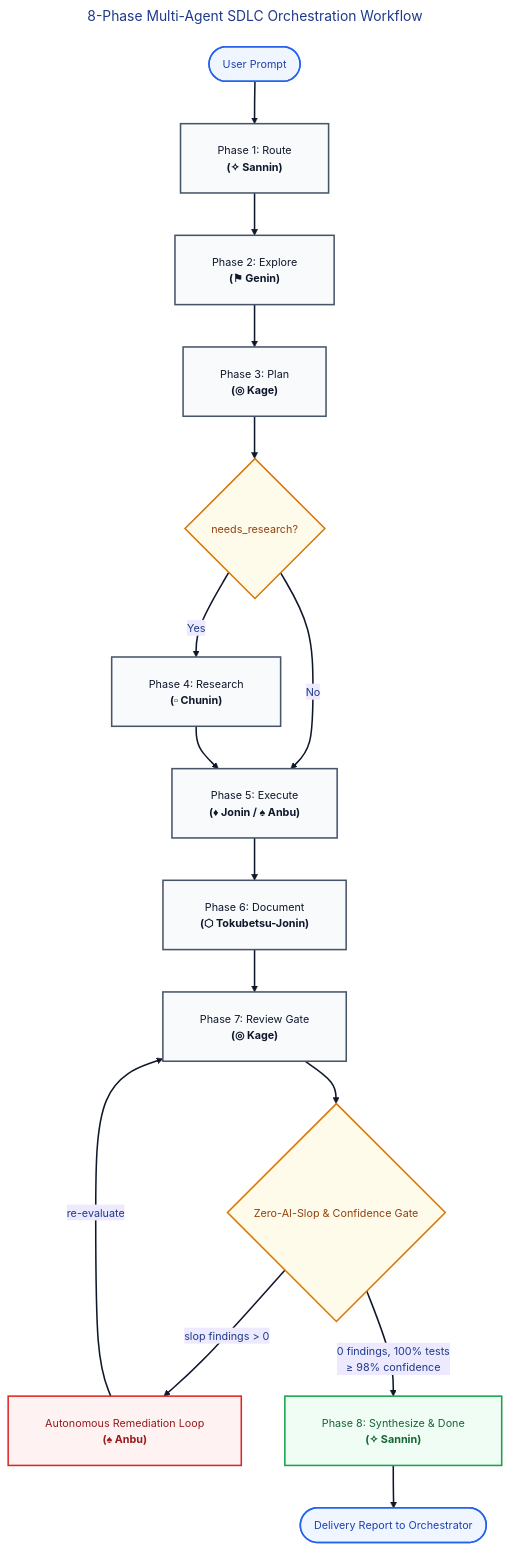
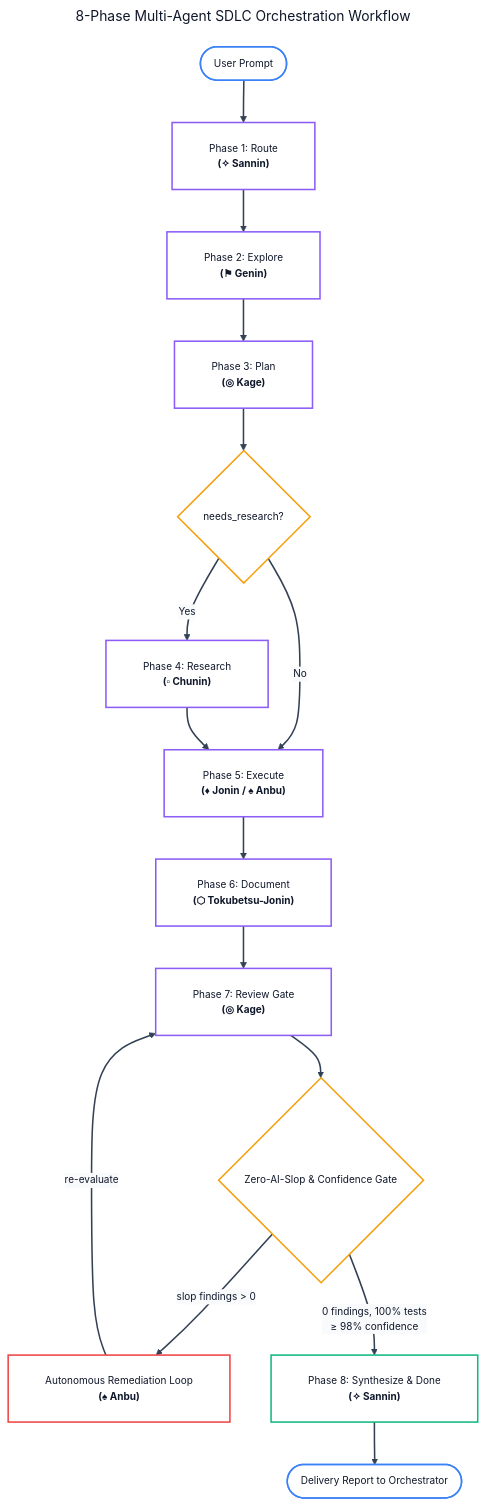
The second of 2 diagrams in docs/ARCHITECTURE.md (andycungkrinx91/konoha), drawn with Mermaid before and after one commit. The commit also changed other lines of this file and 107 other files, not shown here.

````diff
--- a/docs/ARCHITECTURE.md
+++ b/docs/ARCHITECTURE.md
@@ -290,63 +306,64 @@
 ```mermaid
 ---
 title: 8-Phase Multi-Agent SDLC Orchestration Workflow
 config:
   theme: base
   themeVariables:
+    darkMode: false
     background: '#ffffff'
     mainBkg: '#ffffff'
-    primaryColor: '#dbeafe'
-    primaryTextColor: '#1e3a8a'
-    primaryBorderColor: '#2563eb'
-    lineColor: '#0f172a'
-    arrowheadColor: '#0f172a'
-    secondaryColor: '#ede9fe'
-    tertiaryColor: '#d1fae5'
-    fontFamily: 'Inter, system-ui, sans-serif'
-    fontSize: '14px'
+    primaryColor: '#ffffff'
+    primaryTextColor: '#0f172a'
+    primaryBorderColor: '#8b5cf6'
+    lineColor: '#334155'
+    arrowheadColor: '#334155'
+    secondaryColor: '#f8fafc'
+    tertiaryColor: '#ffffff'
+    fontFamily: 'Inter, system-ui, -apple-system, sans-serif'
+    fontSize: '13px'
   flowchart:
     nodeSpacing: 45
     rankSpacing: 55
     padding: 24
     wrappingWidth: 380
 ---
 flowchart TD
     %% Entry & Phase 1-3
     UserPrompt(["User Prompt"]) --> P1["Phase 1: Route<br/><b>(✧ Sannin)</b>"]
     P1 --> P2["Phase 2: Explore<br/><b>(⚑ Genin)</b>"]
     P2 --> P3["Phase 3: Plan<br/><b>(◎ Kage)</b>"]
 
     %% Research Decision Branch
     P3 --> DecisionResearch{"needs_research?"}
     DecisionResearch -->|Yes| P4["Phase 4: Research<br/><b>(▫ Chunin)</b>"]
     DecisionResearch -->|No| P5["Phase 5: Execute<br/><b>(♦ Jonin / ♠ Anbu)</b>"]
     P4 --> P5
 
     %% Execution & Documentation
     P5 --> P6["Phase 6: Document<br/><b>(⬡ Tokubetsu-Jonin)</b>"]
     P6 --> P7["Phase 7: Review Gate<br/><b>(◎ Kage)</b>"]
 
     %% Review Quality Gate & Autonomous Remediation Loop
     P7 --> DecisionReview{"Zero-AI-Slop & Confidence Gate"}
     DecisionReview -->|slop findings > 0| Remediation["Autonomous Remediation Loop<br/><b>(♠ Anbu)</b>"]
     Remediation -->|re-evaluate| P7
     DecisionReview -->|"0 findings, 100% tests<br/>≥ 98% confidence"| P8["Phase 8: Synthesize & Done<br/><b>(✧ Sannin)</b>"]
 
     %% Final Delivery
     P8 --> DeliveryReport(["Delivery Report to Orchestrator"])
 
     %% Styling Classes
-    classDef startEnd fill:#eff6ff,stroke:#2563eb,stroke-width:2px,color:#1e40af;
-    classDef phase fill:#f8fafc,stroke:#475569,stroke-width:2px,color:#0f172a;
-    classDef decision fill:#fffbeb,stroke:#d97706,stroke-width:2px,color:#92400e;
-    classDef remediation fill:#fef2f2,stroke:#dc2626,stroke-width:2px,color:#991b1b;
-    classDef approved fill:#f0fdf4,stroke:#16a34a,stroke-width:2px,color:#166534;
+    classDef startEnd fill:#ffffff,stroke:#3b82f6,stroke-width:2px,color:#0f172a;
+    classDef phase fill:#ffffff,stroke:#8b5cf6,stroke-width:2px,color:#0f172a;
+    classDef decision fill:#ffffff,stroke:#f59e0b,stroke-width:2px,color:#0f172a;
+    classDef remediation fill:#ffffff,stroke:#ef4444,stroke-width:2px,color:#0f172a;
+    classDef approved fill:#ffffff,stroke:#10b981,stroke-width:2px,color:#0f172a;
 
     class UserPrompt,DeliveryReport startEnd;
     class P1,P2,P3,P4,P5,P6,P7 phase;
     class DecisionResearch,DecisionReview decision;
     class Remediation remediation;
     class P8 approved;
 
-    linkStyle default stroke:#0f172a,stroke-width:2px;
+    linkStyle default stroke:#334155,stroke-width:2px;
 ```
````
